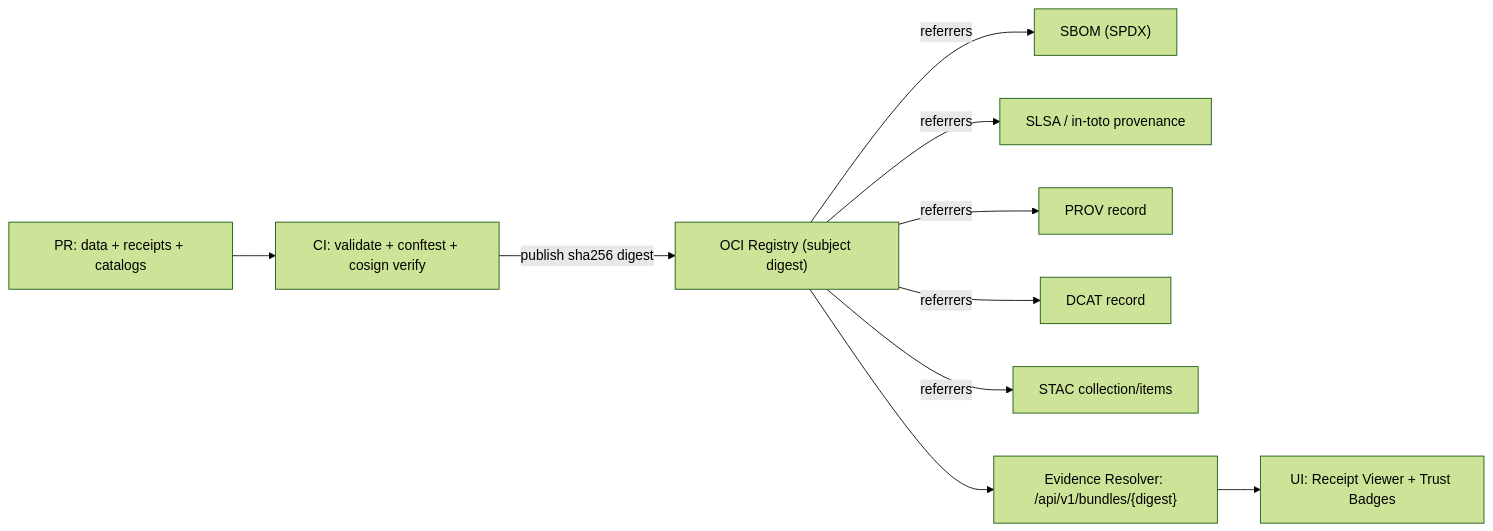
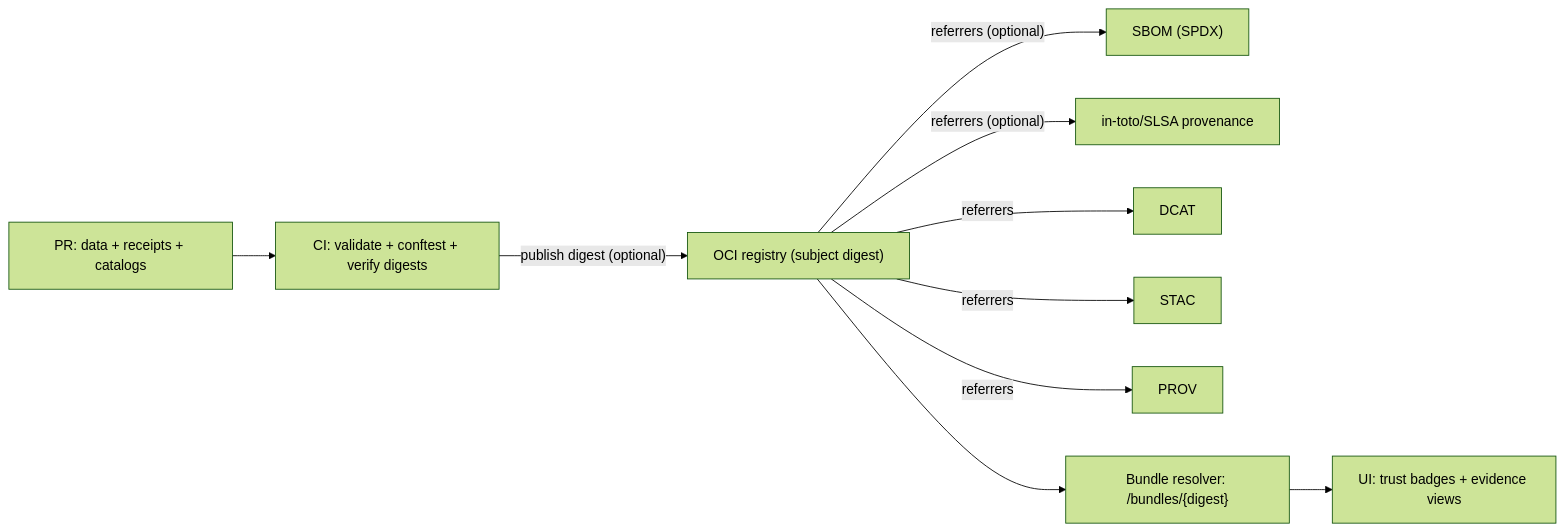
The second of 2 diagrams in .github/README.md (bartytime4life/Kansas-Frontier-Matrix), drawn with Mermaid (forest theme) before and after one commit. The commit also changed other lines of this file, not shown here.

````diff
--- a/.github/README.md
+++ b/.github/README.md
@@ -274,12 +227,12 @@
 ```mermaid
 flowchart LR
-  PR["PR: data + receipts + catalogs"] --> CI["CI: validate + conftest + cosign verify"]
-  CI -->|"publish sha256 digest"| OCI["OCI Registry (subject digest)"]
-  OCI -->|"referrers"| SBOM["SBOM (SPDX)"]
-  OCI -->|"referrers"| SLSA["SLSA / in-toto provenance"]
-  OCI -->|"referrers"| PROV["PROV record"]
-  OCI -->|"referrers"| DCAT["DCAT record"]
-  OCI -->|"referrers"| STAC["STAC collection/items"]
-  OCI --> API["Evidence Resolver: /api/v1/bundles/{digest}"]
-  API --> UI["UI: Receipt Viewer + Trust Badges"]
+  PR["PR: data + receipts + catalogs"] --> CI["CI: validate + conftest + verify digests"]
+  CI -->|"publish digest (optional)"| OCI["OCI registry (subject digest)"]
+  OCI -->|"referrers (optional)"| SBOM["SBOM (SPDX)"]
+  OCI -->|"referrers (optional)"| ATTEST["in-toto/SLSA provenance"]
+  OCI -->|"referrers"| DCAT["DCAT"]
+  OCI -->|"referrers"| STAC["STAC"]
+  OCI -->|"referrers"| PROV["PROV"]
+  OCI --> API["Bundle resolver: /bundles/{digest}"]
+  API --> UI["UI: trust badges + evidence views"]
 ```
````
